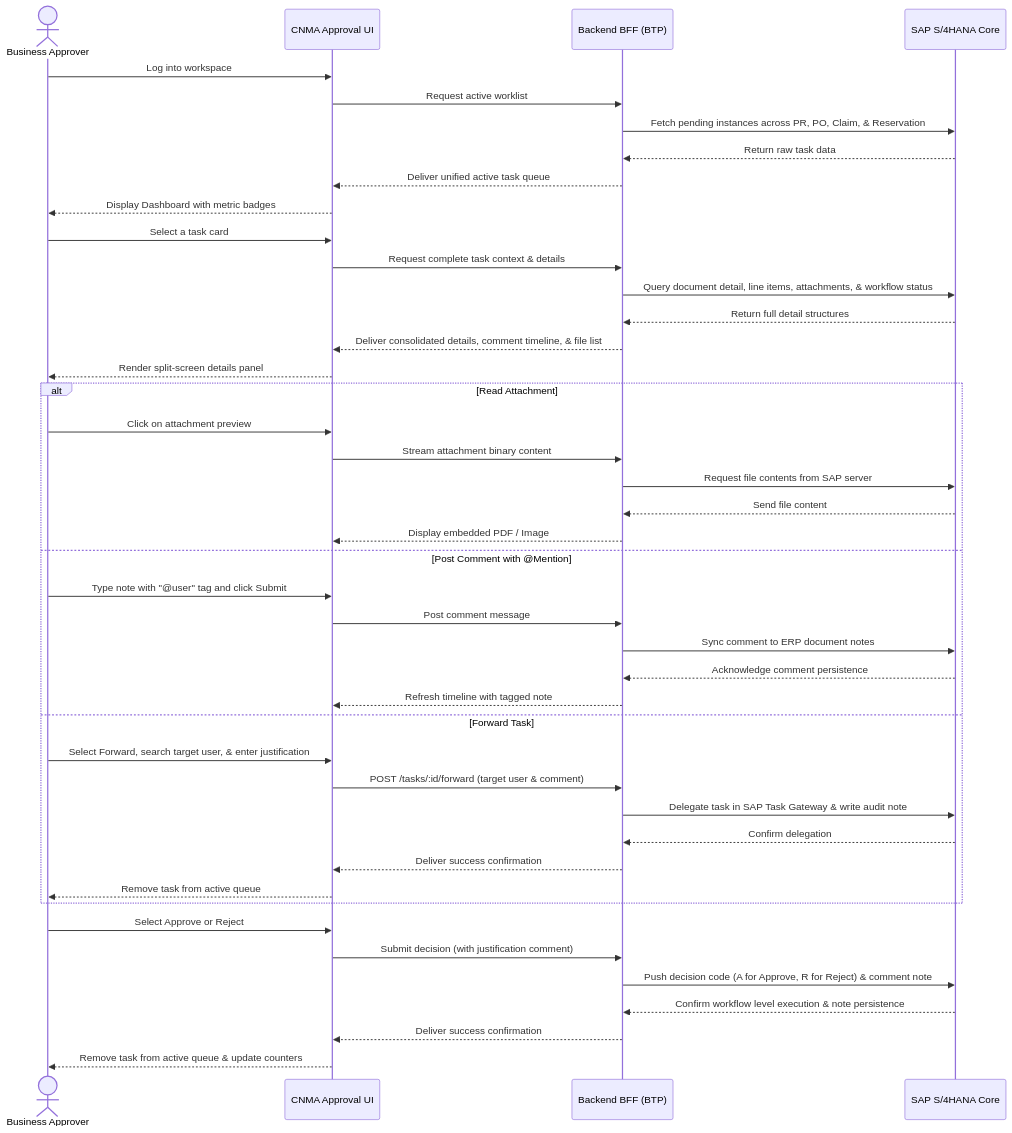
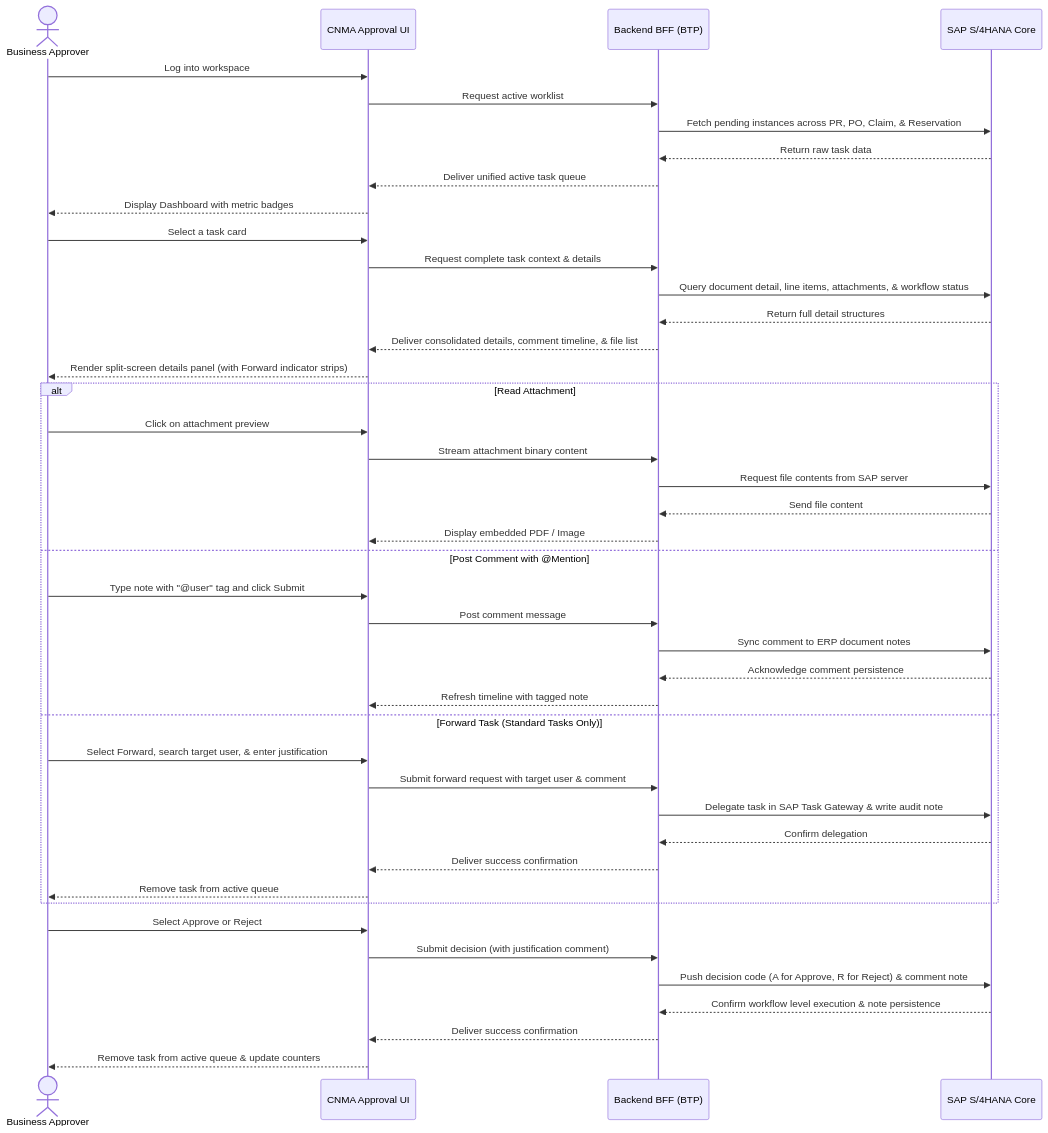
The first of 3 diagrams in docs/business/01-process-flows.md (mindinh/approval-app), drawn with Mermaid before and after one commit. The commit also changed other lines of this file and 13 other files, not shown here.

````diff
--- a/docs/business/01-process-flows.md
+++ b/docs/business/01-process-flows.md
@@ -13,49 +13,49 @@
 ```mermaid
 sequenceDiagram
     actor Approver as Business Approver
     participant Portal as CNMA Approval UI
     participant BFF as Backend BFF (BTP)
     participant ERP as SAP S/4HANA Core
 
     Approver->>Portal: Log into workspace
     Portal->>BFF: Request active worklist
     BFF->>ERP: Fetch pending instances across PR, PO, Claim, & Reservation
     ERP-->>BFF: Return raw task data
     BFF-->>Portal: Deliver unified active task queue
     Portal-->>Approver: Display Dashboard with metric badges
 
     Approver->>Portal: Select a task card
     Portal->>BFF: Request complete task context & details
     BFF->>ERP: Query document detail, line items, attachments, & workflow status
     ERP-->>BFF: Return full detail structures
     BFF-->>Portal: Deliver consolidated details, comment timeline, & file list
-    Portal-->>Approver: Render split-screen details panel
+    Portal-->>Approver: Render split-screen details panel (with Forward indicator strips)
 
     alt Read Attachment
         Approver->>Portal: Click on attachment preview
         Portal->>BFF: Stream attachment binary content
         BFF->>ERP: Request file contents from SAP server
         ERP-->>BFF: Send file content
         BFF-->>Portal: Display embedded PDF / Image
     else Post Comment with @Mention
         Approver->>Portal: Type note with "@user" tag and click Submit
         Portal->>BFF: Post comment message
         BFF->>ERP: Sync comment to ERP document notes
         ERP-->>BFF: Acknowledge comment persistence
         BFF-->>Portal: Refresh timeline with tagged note
-    else Forward Task
+    else Forward Task (Standard Tasks Only)
         Approver->>Portal: Select Forward, search target user, & enter justification
-        Portal->>BFF: POST /tasks/:id/forward (target user & comment)
+        Portal->>BFF: Submit forward request with target user & comment
         BFF->>ERP: Delegate task in SAP Task Gateway & write audit note
         ERP-->>BFF: Confirm delegation
         BFF-->>Portal: Deliver success confirmation
         Portal-->>Approver: Remove task from active queue
     end
 
     Approver->>Portal: Select Approve or Reject
     Portal->>BFF: Submit decision (with justification comment)
     BFF->>ERP: Push decision code (A for Approve, R for Reject) & comment note
     ERP-->>BFF: Confirm workflow level execution & note persistence
     BFF-->>Portal: Deliver success confirmation
     Portal-->>Approver: Remove task from active queue & update counters
 ```
````
